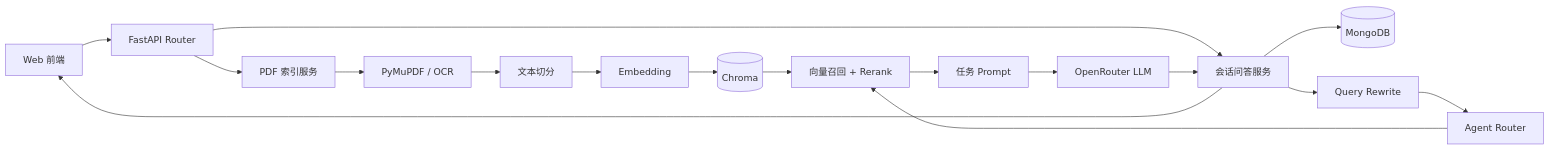
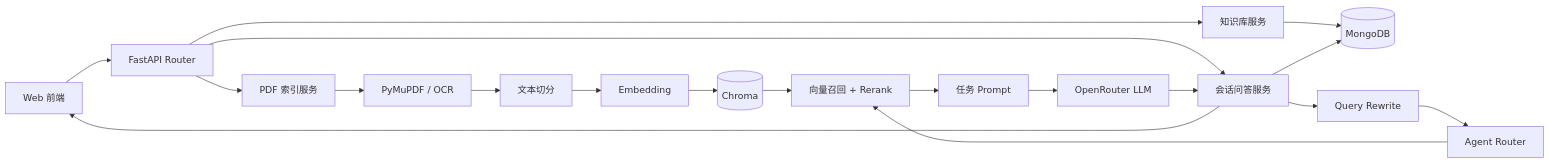
The diagram in README.md (ljiaming-0218/DocRag), drawn with Mermaid before and after one commit. The commit also changed other lines of this file and 34 other files, not shown here.

````diff
--- a/README.md
+++ b/README.md
@@ -102,20 +117,22 @@
 ```mermaid
 flowchart LR
     UI[Web 前端] --> API[FastAPI Router]
+    API --> KB[知识库服务]
+    KB --> MEMORY[(MongoDB)]
     API --> INGEST[PDF 索引服务]
     INGEST --> PARSE[PyMuPDF / OCR]
     PARSE --> SPLIT[文本切分]
     SPLIT --> EMBED[Embedding]
     EMBED --> CHROMA[(Chroma)]
 
     API --> CHAT[会话问答服务]
-    CHAT --> MEMORY[(MongoDB)]
+    CHAT --> MEMORY
     CHAT --> REWRITE[Query Rewrite]
     REWRITE --> AGENT[Agent Router]
     AGENT --> RETRIEVE[向量召回 + Rerank]
     CHROMA --> RETRIEVE
     RETRIEVE --> PROMPT[任务 Prompt]
     PROMPT --> LLM[OpenRouter LLM]
     LLM --> CHAT
     CHAT --> UI
 ```
````
